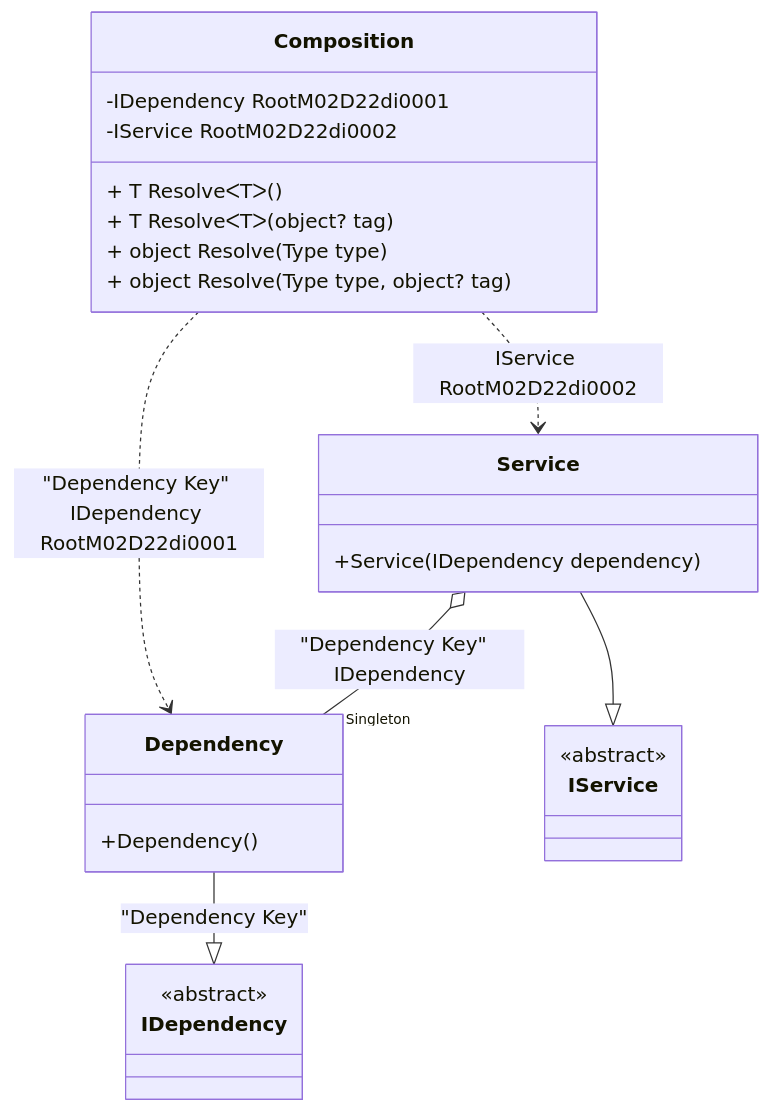
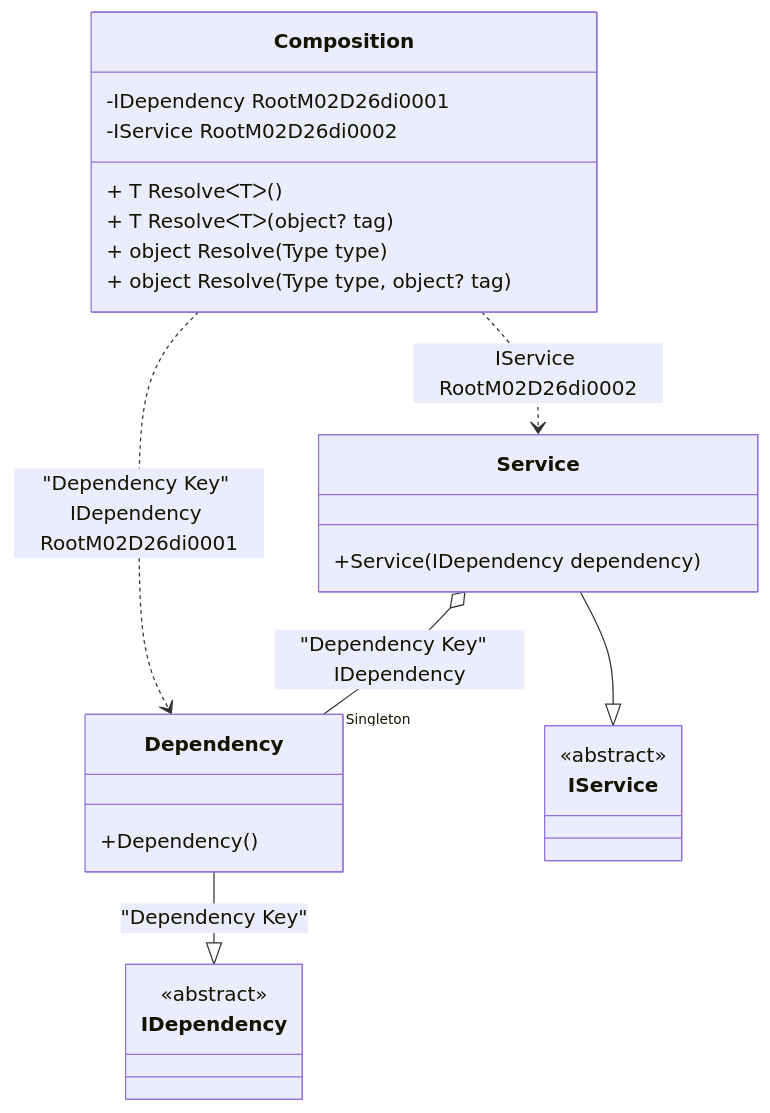
One commit to DevTeam/Pure.DI changed the diagram in readme/service-collection.md. Above: the diagram before and after it, drawn with Mermaid. The commit also changed other lines of this file and 69 other files, not shown here.

````diff
--- a/readme/service-collection.md
+++ b/readme/service-collection.md
@@ -47,28 +47,28 @@
 ```mermaid
 classDiagram
   class Composition {
-    -IDependency RootM02D22di0001
-    -IService RootM02D22di0002
+    -IDependency RootM02D26di0001
+    -IService RootM02D26di0002
     + T ResolveᐸTᐳ()
     + T ResolveᐸTᐳ(object? tag)
     + object Resolve(Type type)
     + object Resolve(Type type, object? tag)
   }
   Dependency --|> IDependency : "Dependency Key" 
   class Dependency {
     +Dependency()
   }
   Service --|> IService : 
   class Service {
     +Service(IDependency dependency)
   }
   class IDependency {
     <<abstract>>
   }
   class IService {
     <<abstract>>
   }
   Service o--  "Singleton" Dependency : "Dependency Key"  IDependency
-  Composition ..> Dependency : "Dependency Key" IDependency RootM02D22di0001
-  Composition ..> Service : IService RootM02D22di0002
+  Composition ..> Dependency : "Dependency Key" IDependency RootM02D26di0001
+  Composition ..> Service : IService RootM02D26di0002
 ```
````
